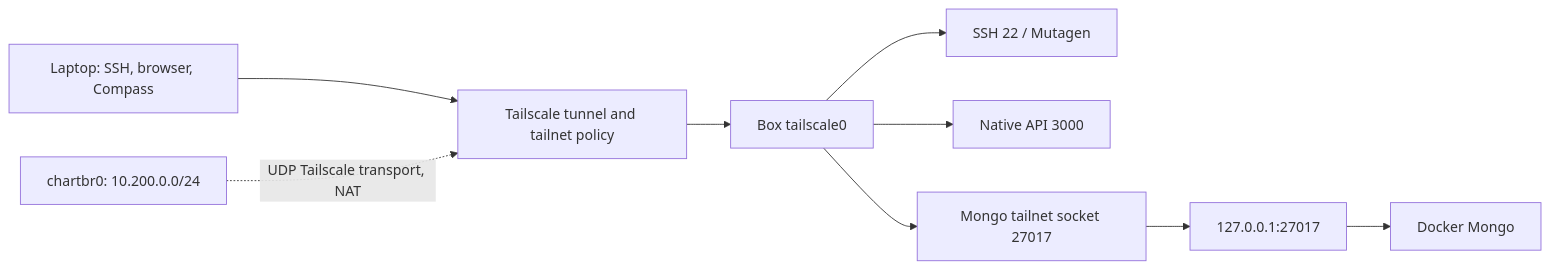
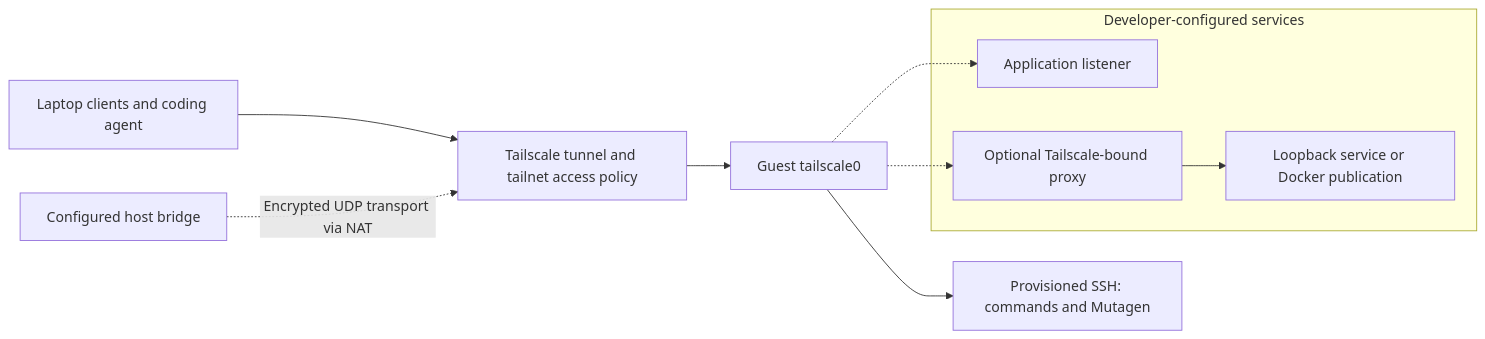
Before and after one commit to eusean-tg/chart-infra: the third of 4 diagrams in incus/ARCHITECTURE.md, drawn with Mermaid. The commit also changed other lines of this file, not shown here.

Commit message:
codex: make architecture guide generic and clarify developer setup

````diff
--- a/incus/ARCHITECTURE.md
+++ b/incus/ARCHITECTURE.md
@@ -202,16 +174,18 @@
 ```mermaid
 flowchart LR
-    Laptop["Laptop: SSH, browser, Compass"]
-    Tailnet["Tailscale tunnel and tailnet policy"]
-    Guest["Box tailscale0"]
-    SSH["SSH 22 / Mutagen"]
-    API["Native API 3000"]
-    Socket["Mongo tailnet socket 27017"]
-    Loopback["127.0.0.1:27017"]
-    Mongo["Docker Mongo"]
+    Laptop["Laptop clients and coding agent"]
+    Tailnet["Tailscale tunnel and tailnet access policy"]
+    Guest["Guest tailscale0"]
+    SSH["Provisioned SSH: commands and Mutagen"]
+    subgraph Optional["Developer-configured services"]
+        API["Application listener"]
+        Socket["Optional Tailscale-bound proxy"]
+        Service["Loopback service or Docker publication"]
+        Socket --> Service
+    end
     Laptop --> Tailnet --> Guest
     Guest --> SSH
-    Guest --> API
-    Guest --> Socket --> Loopback --> Mongo
-    Underlay["chartbr0: 10.200.0.0/24"] -.->|"UDP Tailscale transport, NAT"| Tailnet
+    Guest -.-> API
+    Guest -.-> Socket
+    Underlay["Configured host bridge"] -.->|"Encrypted UDP transport via NAT"| Tailnet
 ```
````
